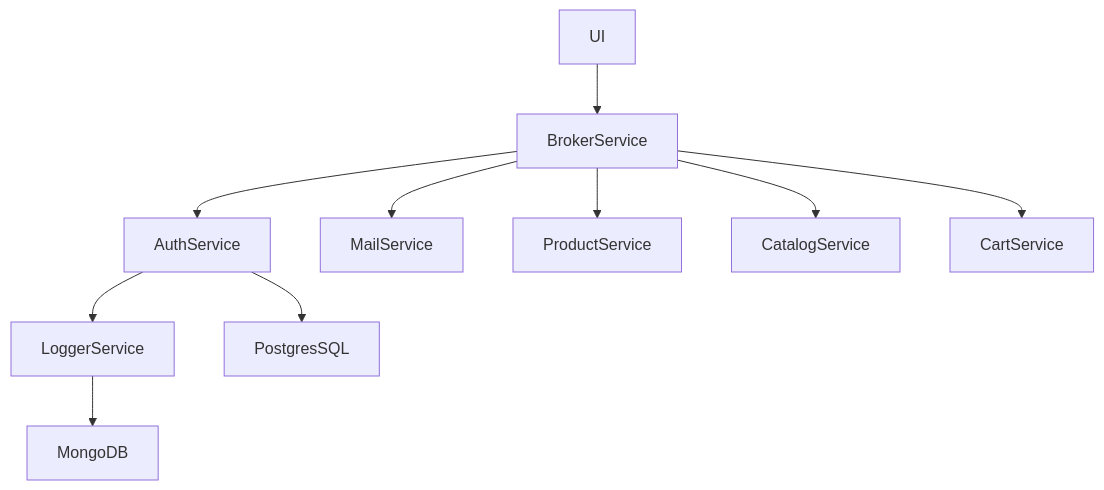
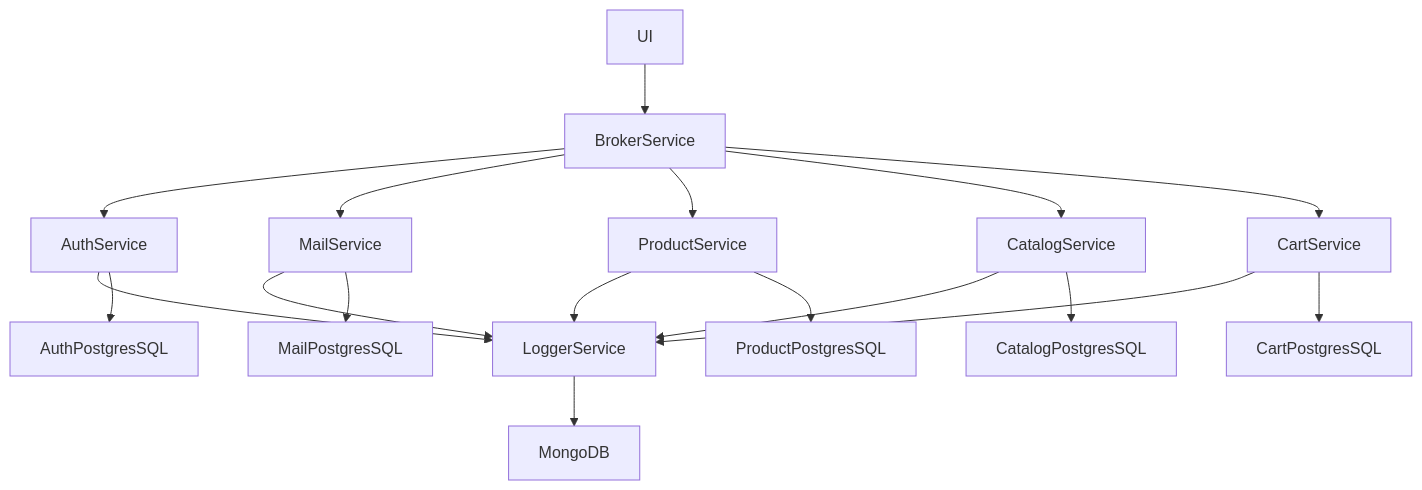
The diagram in README.md (aligoren/go_ecommerce_microservice), drawn with Mermaid before and after one commit. The commit also changed 11 other files, not shown here.

````diff
--- a/README.md
+++ b/README.md
@@ -9,12 +9,26 @@
 ```mermaid
 graph TD
 	UI-->BrokerService;
 	BrokerService-->AuthService;
 	BrokerService-->MailService;
 	BrokerService-->ProductService;
 	BrokerService-->CatalogService;
 	BrokerService-->CartService;
+	
 	AuthService-->LoggerService;
-	AuthService-->PostgresSQL;
+	AuthService-->AuthPostgresSQL;
+	
+	MailService-->LoggerService;
+	MailService-->MailPostgresSQL;
+	
+  ProductService-->LoggerService;
+	ProductService-->ProductPostgresSQL;
+	
+	CatalogService-->LoggerService;
+	CatalogService-->CatalogPostgresSQL;
+	
+	CartService-->LoggerService;
+	CartService-->CartPostgresSQL;
+	
 	LoggerService-->MongoDB;
 ```
````
